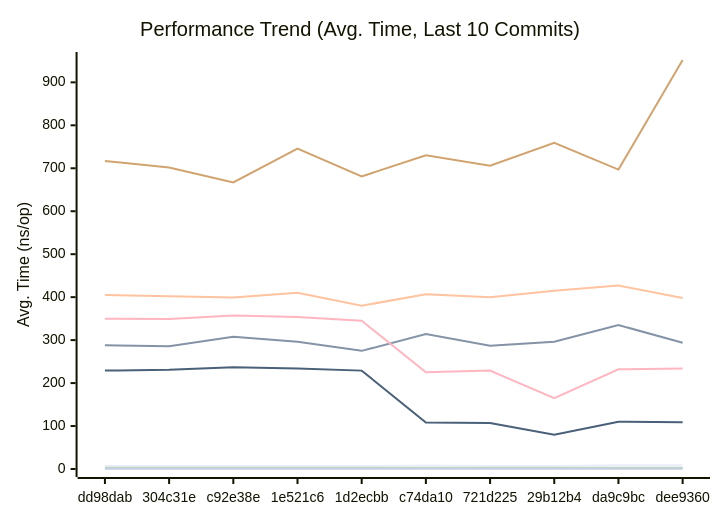
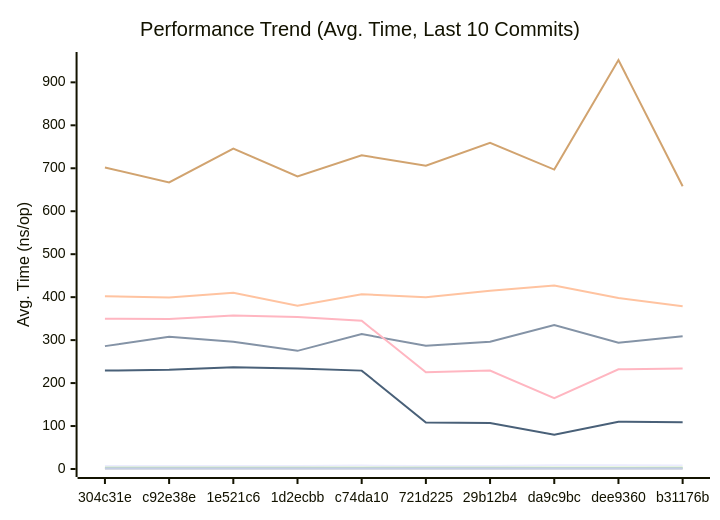
The first of 3 diagrams in docs/PERFORMANCE.md (alsotoes/momo), drawn with Mermaid before and after one commit. The commit also changed other lines of this file and 13 other files, not shown here.

````diff
--- a/docs/PERFORMANCE.md
+++ b/docs/PERFORMANCE.md
@@ -80,16 +80,16 @@
 ```mermaid
 xychart-beta
     title "Performance Trend (Avg. Time, Last 10 Commits)"
     x-axis "Commit"
     y-axis "Avg. Time (ns/op)"
-    x-axis [dd98dab,304c31e,c92e38e,1e521c6,1d2ecbb,c74da10,721d225,29b12b4,da9c9bc,dee9360]
-    line "CheckMetricsAndSwap" [7,7,7,7,7,8,7,7,9,9]
-    line "CrushOptimized" [288,286,308,296,275,314,287,296,335,294]
-    line "CrushOriginal" [405,402,399,410,380,407,400,415,427,398]
+    x-axis [304c31e,c92e38e,1e521c6,1d2ecbb,c74da10,721d225,29b12b4,da9c9bc,dee9360,b31176b]
+    line "CheckMetricsAndSwap" [7,7,7,7,8,7,7,9,9,8]
+    line "CrushOptimized" [286,308,296,275,314,287,296,335,294,309]
+    line "CrushOriginal" [402,399,410,380,407,400,415,427,398,379]
     line "IndexDirectTracking" [0,0,0,0,0,0,0,0,0,0]
     line "IndexSearch" [3,3,3,3,3,3,3,3,3,3]
-    line "LoadGlobalConfig" [717,702,667,746,681,730,706,759,697,952]
+    line "LoadGlobalConfig" [702,667,746,681,730,706,759,697,952,658]
     line "PadString" [2,2,2,2,2,2,2,2,2,2]
     line "ParseReplicationOrder_NoPrealloc" [350,349,357,354,345,225,229,165,232,234]
     line "ParseReplicationOrder_Prealloc" [229,231,237,234,229,108,107,80,110,109]
 ```
````
